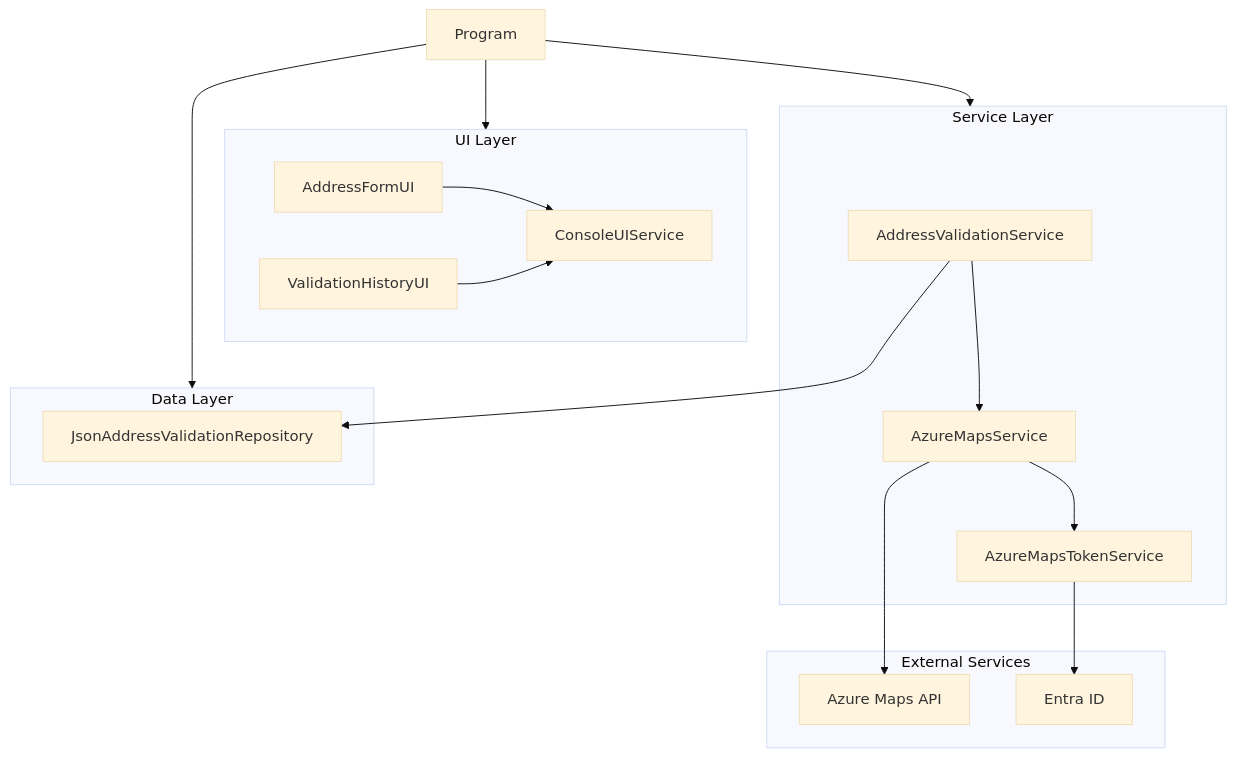
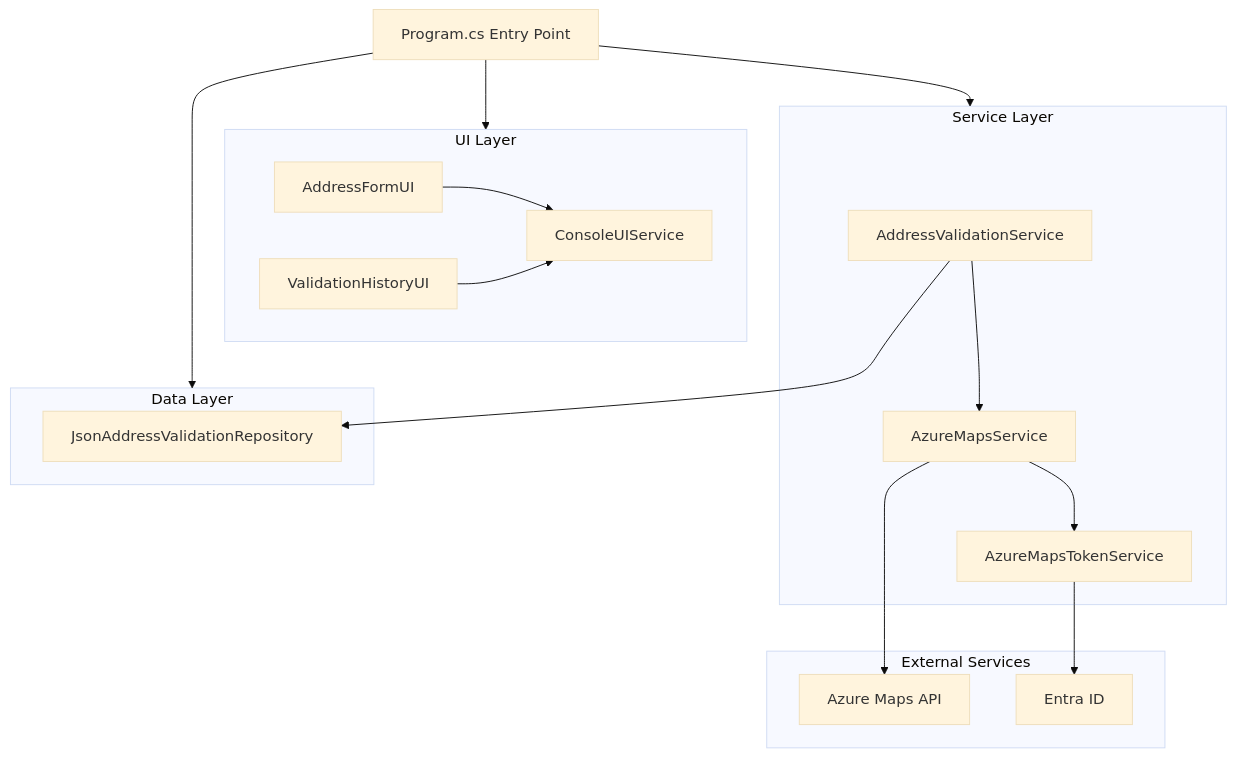
Before and after one commit to zakaBouj/AddressValidator: the diagram in README.md, drawn with Mermaid (base theme).

````diff
--- a/README.md
+++ b/README.md
@@ -150,35 +150,35 @@
 ```mermaid
 flowchart TD
     subgraph UI["UI Layer"]
         A[AddressFormUI] 
         B[ConsoleUIService]
         C[ValidationHistoryUI]
     end
     
     subgraph Services["Service Layer"]
         D[AddressValidationService]
         E[AzureMapsService]
         F[AzureMapsTokenService]
     end
     
     subgraph Data["Data Layer"]
         G[JsonAddressValidationRepository]
     end
     
     subgraph External["External Services"]
         H[Azure Maps API]
         I[Entra ID]
     end
     
+    Main[Program.cs Entry Point] --> UI
+    Main --> Services
+    Main --> Data
+    
     A --> B
     C --> B
     D --> E
     E --> F
     E --> H
     F --> I
     D --> G
-    
-    Program --> UI
-    Program --> Services
-    Program --> Data
 ```
````
